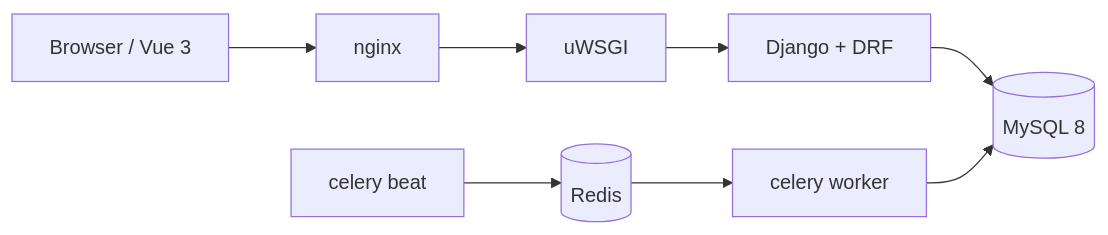
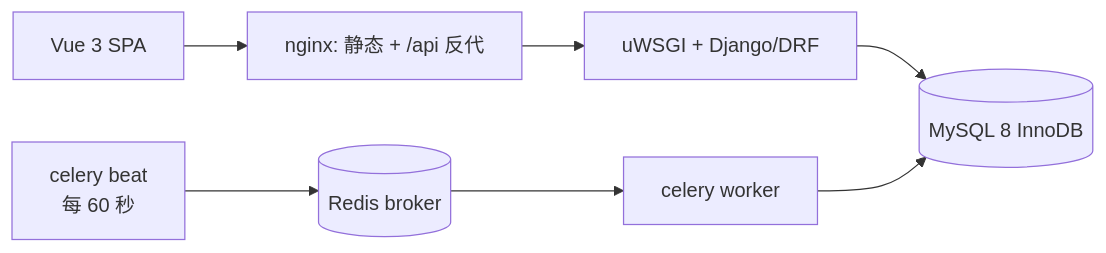
The diagram in README.md (ColdZeda/commerce-core), drawn with Mermaid before and after one commit. The commit also changed other lines of this file and 6 other files, not shown here.

````diff
--- a/README.md
+++ b/README.md
@@ -20,10 +42,9 @@
 ```mermaid
 flowchart LR
-  B[Browser / Vue 3] --> N[nginx]
-  N --> U[uWSGI]
-  U --> D[Django + DRF]
-  D --> M[(MySQL 8)]
-  CB[celery beat] --> R[(Redis)]
+  B[Vue 3 SPA] --> N[nginx: 静态 + /api 反代]
+  N --> U[uWSGI + Django/DRF]
+  U --> M[(MySQL 8 InnoDB)]
+  CB[celery beat<br/>每 60 秒] --> R[(Redis broker)]
   R --> W[celery worker]
   W --> M
 ```
````
